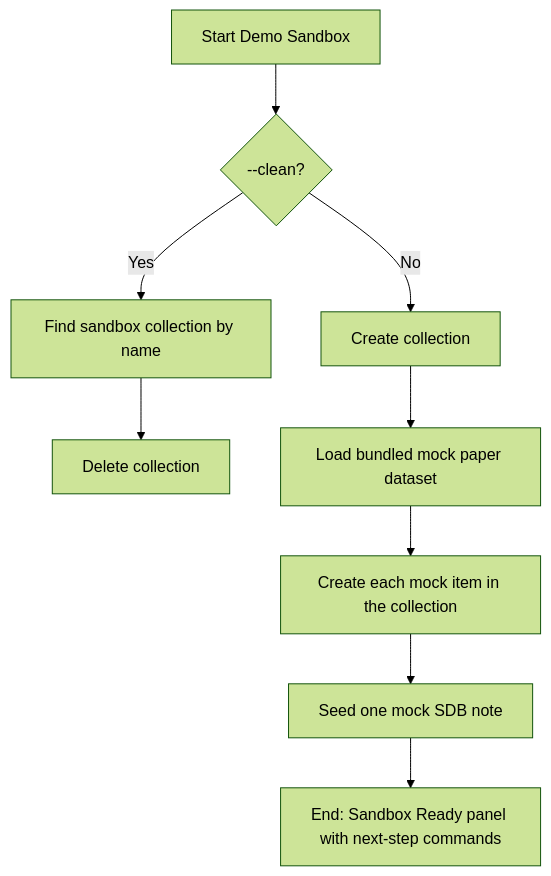
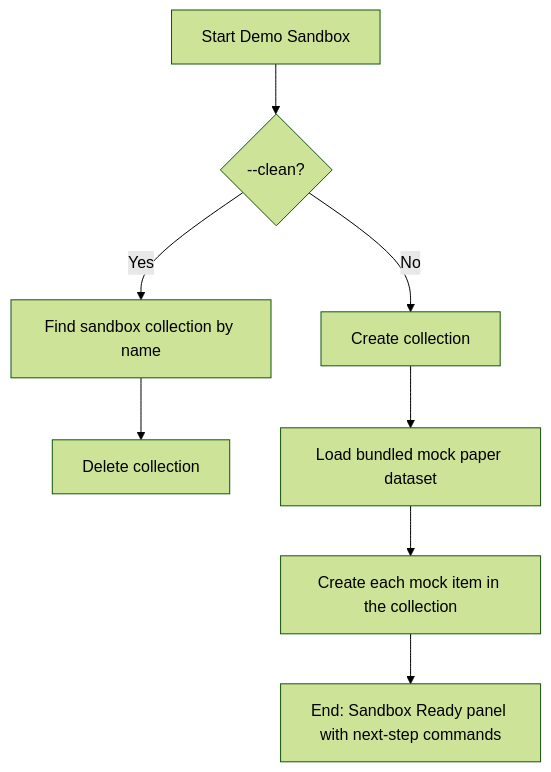
The diagram in docs/help_specs/system_demo-sandbox.md (fchicout/zotero-cli), drawn with Mermaid (forest theme) before and after one commit. The commit also changed other lines of this file and 268 other files, not shown here.

First line of the commit message:
feat!: remove the slr commands, the SLR/SDB services and rag (Issue #581) (#585)

````diff
--- a/docs/help_specs/system_demo-sandbox.md
+++ b/docs/help_specs/system_demo-sandbox.md
@@ -8,11 +8,10 @@
 ```mermaid
 graph TD
     A["Start Demo Sandbox"] --> B{--clean?}
     B -- Yes --> C["Find sandbox collection by name"]
     C --> D["Delete collection"]
     B -- No --> E["Create collection"]
     E --> F["Load bundled mock paper dataset"]
     F --> G["Create each mock item in the collection"]
-    G --> H["Seed one mock SDB note"]
-    H --> I["End: Sandbox Ready panel with next-step commands"]
+    G --> I["End: Sandbox Ready panel with next-step commands"]
 ```
````
